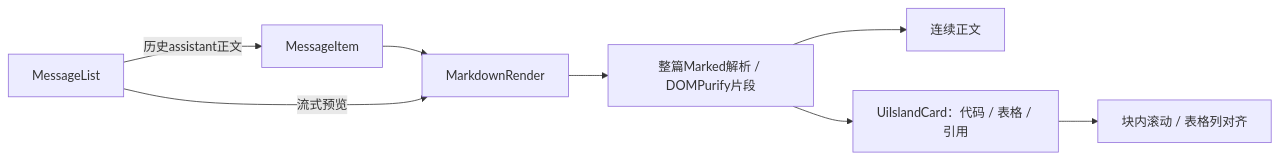
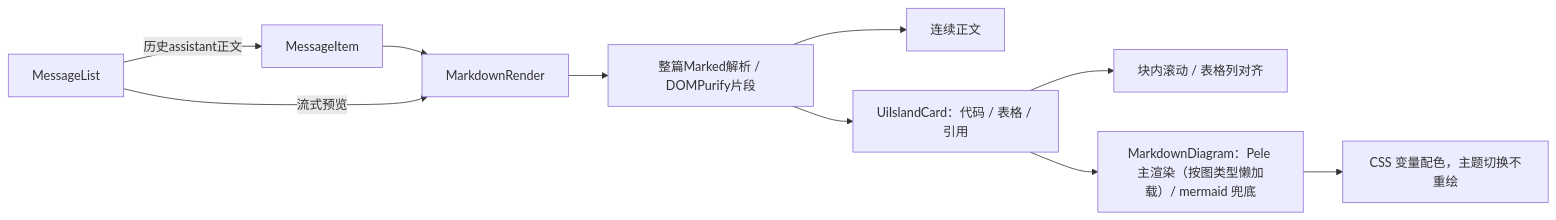
Before and after one commit to Richeir/TinadecOffice: the third of 3 diagrams in docs/development-program/02-modules/app/home/ARCHITECTURE.md, drawn with Mermaid. The commit also changed other lines of this file and 18 other files, not shown here.

First line of the commit message:
feat(desktop): Mermaid 主渲染器改为 Pele，mermaid 延迟兜底

````diff
--- a/docs/development-program/02-modules/app/home/ARCHITECTURE.md
+++ b/docs/development-program/02-modules/app/home/ARCHITECTURE.md
@@ -70,10 +70,12 @@
 ```mermaid
 flowchart LR
   list["MessageList"] -->|"历史assistant正文"| item["MessageItem"]
   item --> markdown["MarkdownRender"]
   list -->|"流式预览"| markdown
   markdown --> parse["整篇Marked解析 / DOMPurify片段"]
   parse --> prose["连续正文"]
   parse --> island["UiIslandCard：代码 / 表格 / 引用"]
   island --> scroll["块内滚动 / 表格列对齐"]
+  island --> diagram["MarkdownDiagram：Pele 主渲染（按图类型懒加载）/ mermaid 兜底"]
+  diagram --> svg["CSS 变量配色，主题切换不重绘"]
 ```
````
